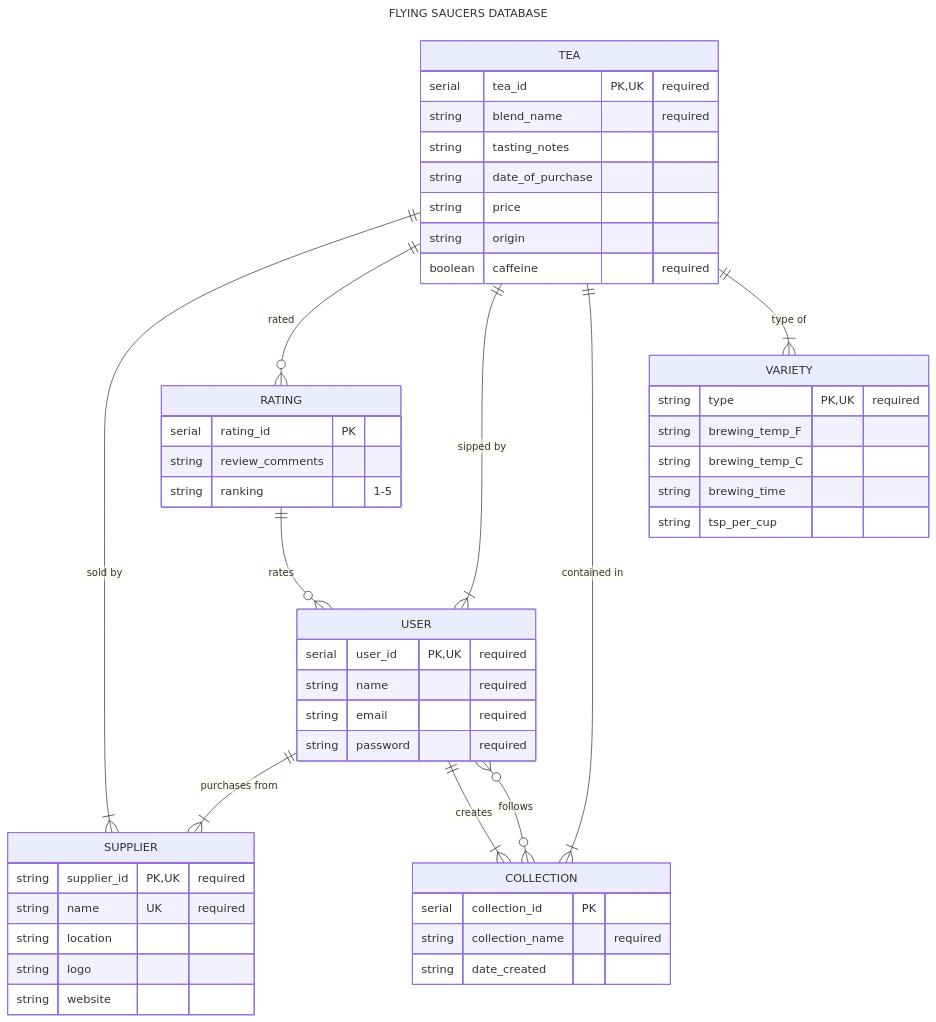
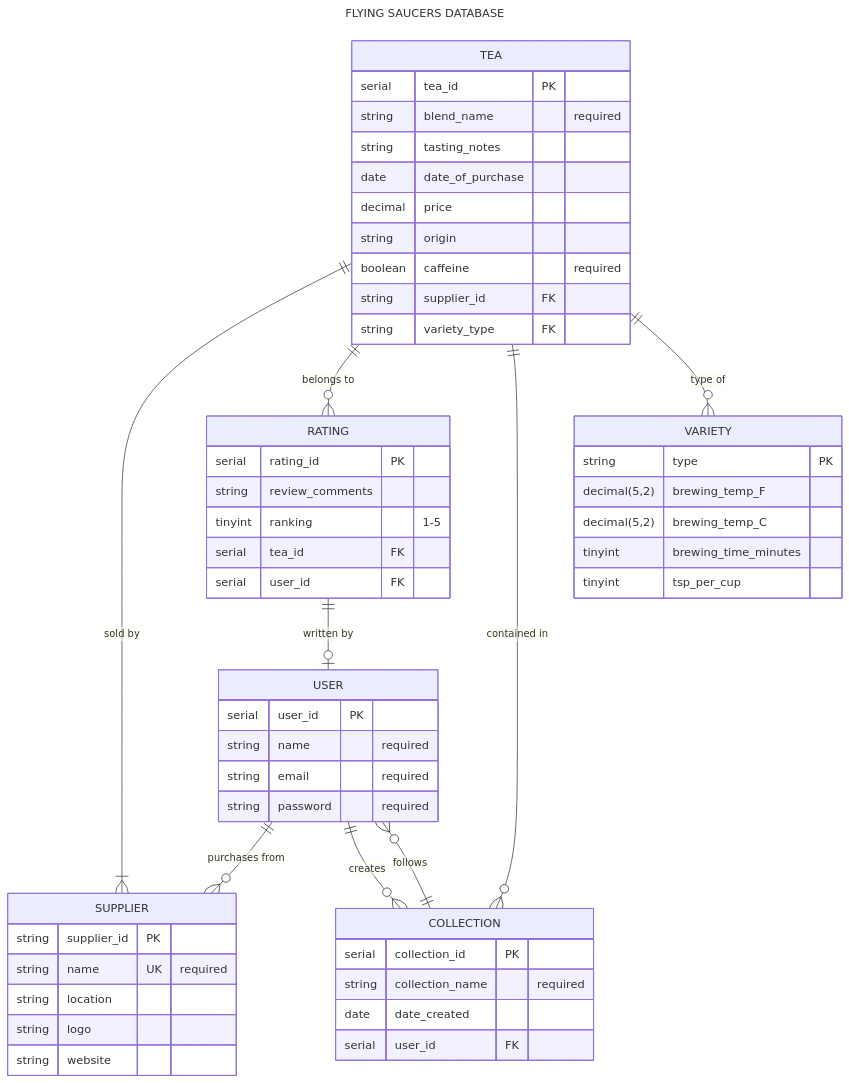
One commit to kristinealli/FlyingSaucersTeaDB changed the diagram in entity_relationship_diagram.mmd. Above: the diagram before and after it, drawn with Mermaid. The commit also changed other lines of this file and 3 other files, not shown here.

```diff
--- a/entity_relationship_diagram.mmd
+++ b/entity_relationship_diagram.mmd
@@ -1,52 +1,57 @@
 ---
 title: FLYING SAUCERS DATABASE 
 ---
 erDiagram
     TEA {
-        serial tea_id PK, UK "required"
+        serial tea_id PK
         string blend_name "required"
         string tasting_notes
-        string date_of_purchase
-        string price
+        date date_of_purchase
+        decimal price
         string origin
         boolean caffeine "required"
+        string supplier_id FK
+        string variety_type FK
     }
     RATING {
     serial rating_id PK
     string review_comments
-    string ranking "1-5"
+    tinyint ranking "1-5"
+    serial tea_id FK
+    serial user_id FK
     }
     USER {
-        serial user_id PK, UK "required"
+        serial user_id PK
         string name "required"
         string email "required"
         string password "required"
     }
     COLLECTION {
         serial collection_id PK
         string collection_name "required"
-        string date_created
+        date date_created
+        serial user_id FK
     }
     VARIETY {
-        string type PK, UK "required"
-        string brewing_temp_F
-        string brewing_temp_C
-        string brewing_time
-        string tsp_per_cup
+        string type PK
+        decimal(5,2) brewing_temp_F
+        decimal(5,2) brewing_temp_C
+        tinyint brewing_time_minutes
+        tinyint tsp_per_cup
     }
     SUPPLIER {
-        string supplier_id PK, UK "required"
-        string name UK "required"
+        string supplier_id PK
+        string name UK "required" 
         string location 
         string logo
         string website
     }
-    TEA || -- |{ SUPPLIER : "sold by"
-    USER || --|{ SUPPLIER : "purchases from"
-    USER || -- |{ COLLECTION: "creates"
-    RATING || -- o{ USER: "rates"
-    TEA || -- o{ RATING: "rated"
-    TEA || -- |{ USER: "sipped by"
-    TEA || -- |{ COLLECTION: "contained in" 
-    TEA || -- |{ VARIETY: "type of"    
-    COLLECTION }o -- o{ USER: "follows"
+    
+    TEA ||--|{ SUPPLIER : "sold by"
+    USER ||--o{ SUPPLIER : "purchases from"
+    USER ||--o{ COLLECTION : "creates"
+    RATING ||--o| USER : "written by"
+    TEA ||--o{ RATING : "belongs to"
+    TEA ||--o{ COLLECTION : "contained in"
+    TEA ||--o{ VARIETY : "type of"
+    COLLECTION ||--o{ USER : "follows"
```
